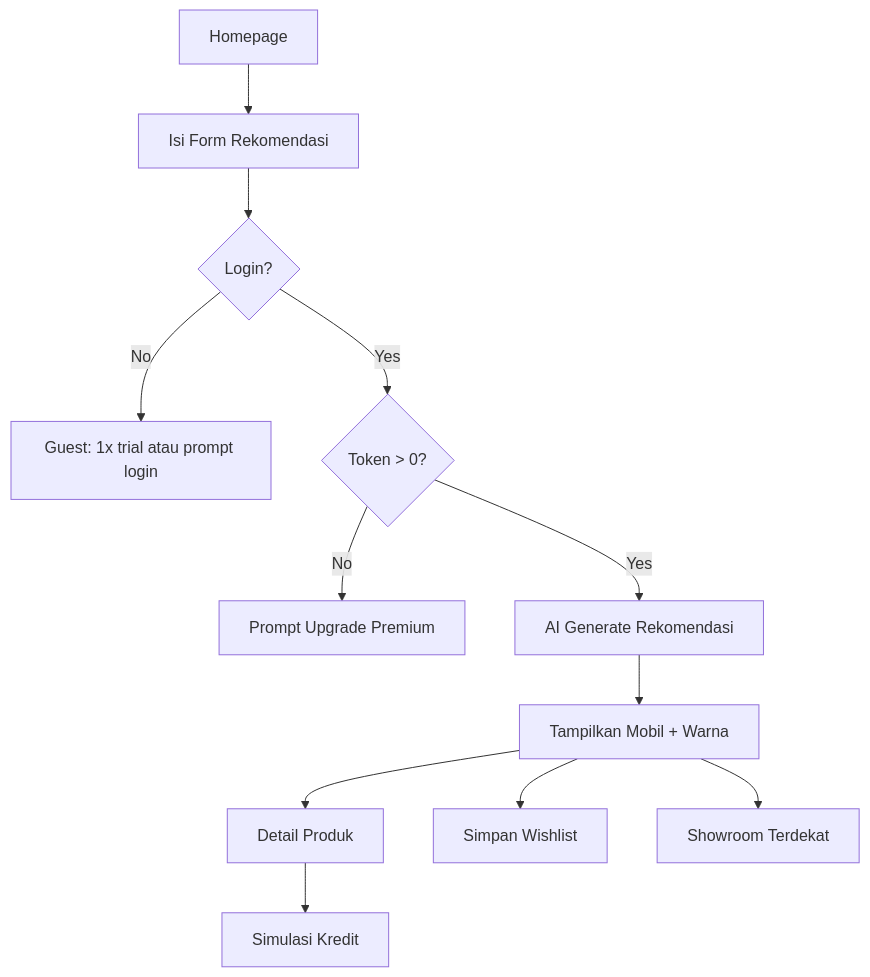
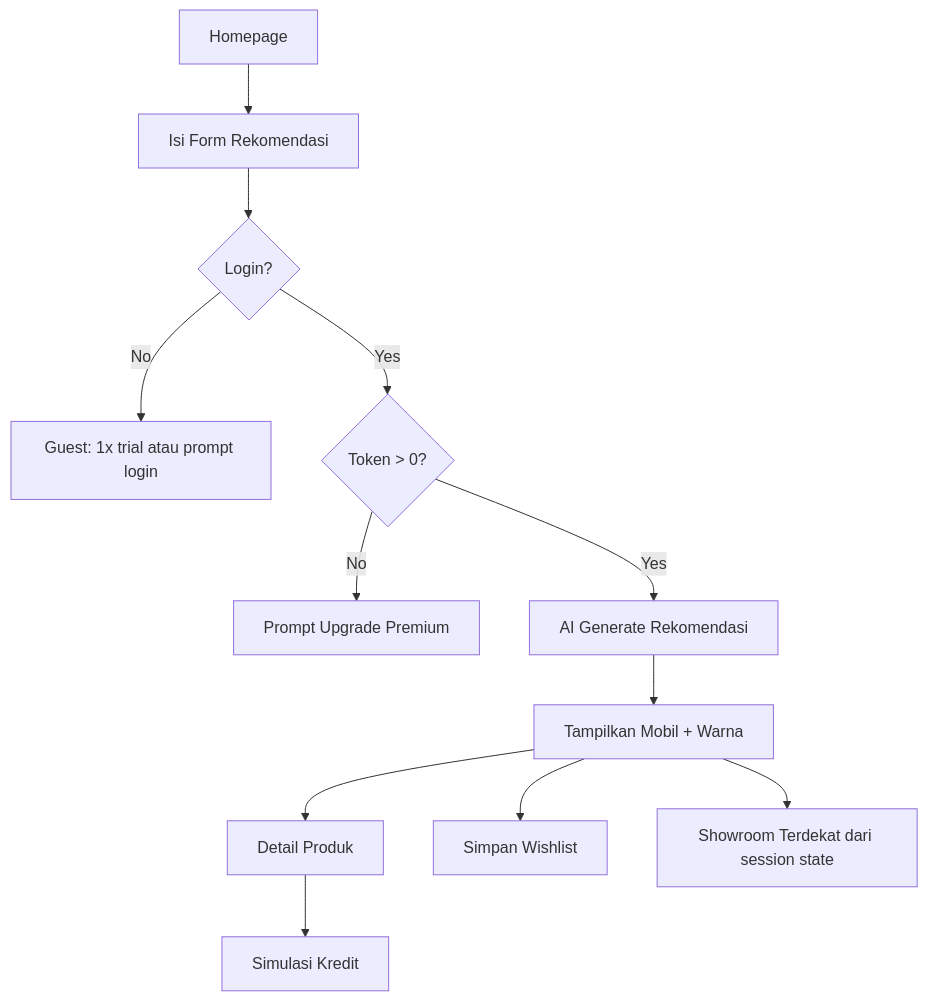
One commit to Final-Project-97/FinalProject97 changed the first of 4 diagrams in PRD.md. Above: the diagram before and after it, drawn with Mermaid. The commit also changed other lines of this file and 2 other files, not shown here.

Commit message:
chore: Rev PRD, ERD, Schema New

````diff
--- a/PRD.md
+++ b/PRD.md
@@ -329,14 +394,14 @@
 ```mermaid
 flowchart TD
     A[Homepage] --> B[Isi Form Rekomendasi]
     B --> C{Login?}
     C -->|No| D[Guest: 1x trial atau prompt login]
     C -->|Yes| E{Token > 0?}
     E -->|No| F[Prompt Upgrade Premium]
     E -->|Yes| G[AI Generate Rekomendasi]
     G --> H[Tampilkan Mobil + Warna]
     H --> I[Detail Produk]
     H --> J[Simpan Wishlist]
-    H --> K[Showroom Terdekat]
+    H --> K[Showroom Terdekat dari session state]
     I --> L[Simulasi Kredit]
 ```
````
